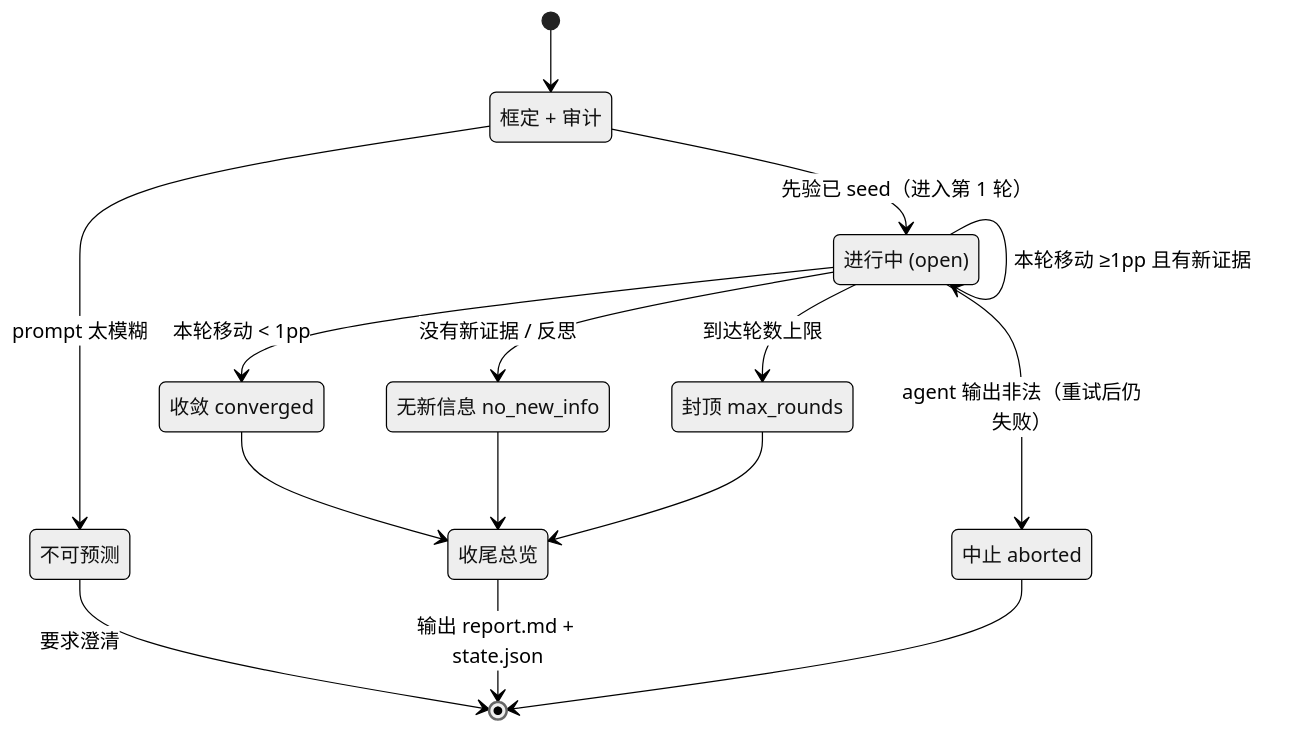
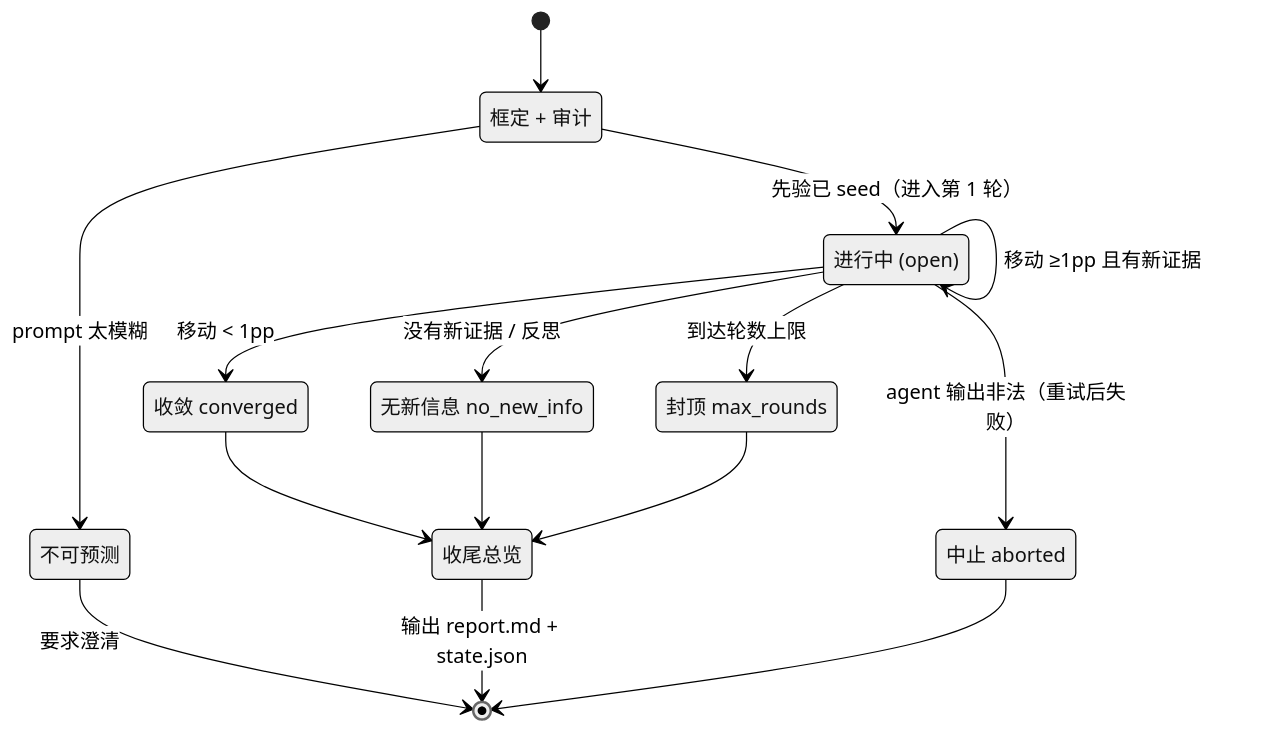
Before and after one commit to Alchemist-X/autonomous-poly-trading: the third of 3 diagrams in scripts/forecast/DIAGRAM.md, drawn with Mermaid (neutral theme). The commit also changed other lines of this file, not shown here.

Commit message:
docs(forecast): single overview diagram (4 phases) as primary; detail diagrams to appendix

````diff
--- a/scripts/forecast/DIAGRAM.md
+++ b/scripts/forecast/DIAGRAM.md
@@ -44,26 +95,26 @@
 ```mermaid
 stateDiagram-v2
     state "框定 + 审计" as framing
     state "不可预测" as nf
     state "进行中 (open)" as open
     state "收敛 converged" as conv
     state "无新信息 no_new_info" as nni
     state "封顶 max_rounds" as maxr
     state "中止 aborted" as ab
     state "收尾总览" as sum
 
     [*] --> framing
     framing --> nf: prompt 太模糊
     nf --> [*]: 要求澄清
     framing --> open: 先验已 seed（进入第 1 轮）
-    open --> open: 本轮移动 ≥1pp 且有新证据
-    open --> conv: 本轮移动 < 1pp
+    open --> open: 移动 ≥1pp 且有新证据
+    open --> conv: 移动 < 1pp
     open --> nni: 没有新证据 / 反思
     open --> maxr: 到达轮数上限
-    open --> ab: agent 输出非法（重试后仍失败）
+    open --> ab: agent 输出非法（重试后失败）
     conv --> sum
     nni --> sum
     maxr --> sum
     sum --> [*]: 输出 report.md + state.json
     ab --> [*]
 ```
````
